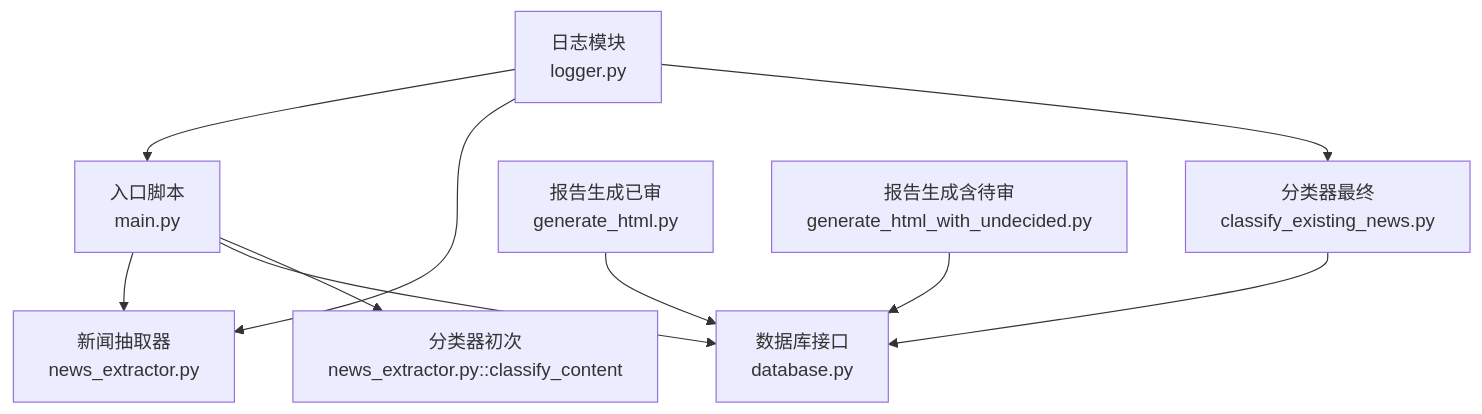
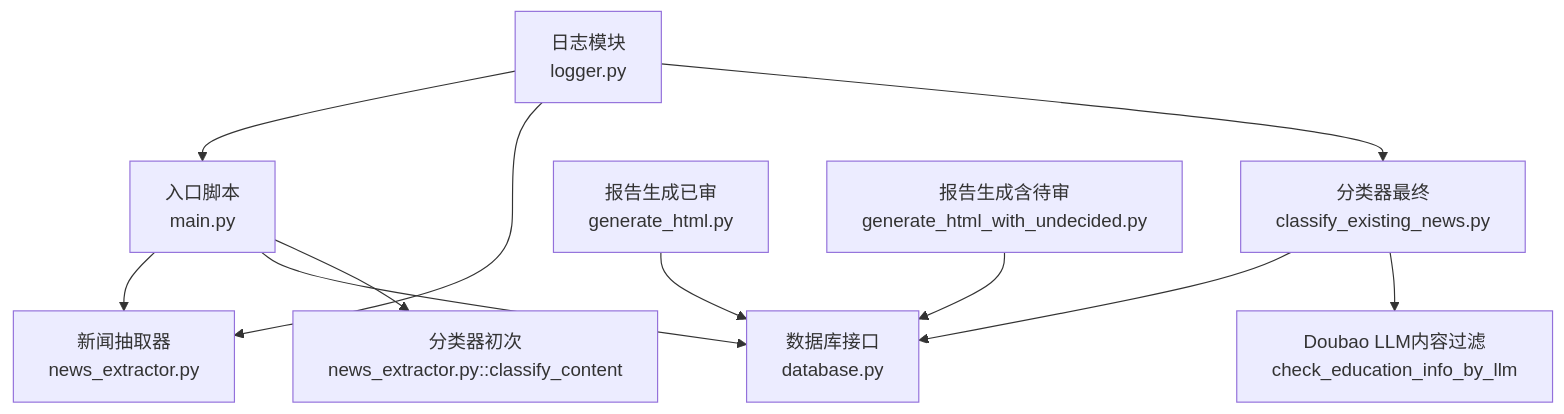
The first of 7 diagrams in .qoder/repowiki/zh/content/分类系统设计/分类系统设计.md (dengwanqian/news-exacter), drawn with Mermaid before and after one commit. The commit also changed other lines of this file and 7 other files, not shown here.

````diff
--- a/.qoder/repowiki/zh/content/分类系统设计/分类系统设计.md
+++ b/.qoder/repowiki/zh/content/分类系统设计/分类系统设计.md
@@ -45,12 +53,13 @@
 ```mermaid
 graph TB
 A["入口脚本<br/>main.py"] --> B["新闻抽取器<br/>news_extractor.py"]
 A --> C["数据库接口<br/>database.py"]
 A --> D["分类器初次<br/>news_extractor.py::classify_content"]
 E["分类器最终<br/>classify_existing_news.py"] --> C
-F["报告生成已审<br/>generate_html.py"] --> C
-G["报告生成含待审<br/>generate_html_with_undecided.py"] --> C
-H["日志模块<br/>logger.py"] --> A
-H --> B
-H --> E
+E --> F["Doubao LLM内容过滤<br/>check_education_info_by_llm"]
+G["报告生成已审<br/>generate_html.py"] --> C
+H["报告生成含待审<br/>generate_html_with_undecided.py"] --> C
+I["日志模块<br/>logger.py"] --> A
+I --> B
+I --> E
 ```
````
